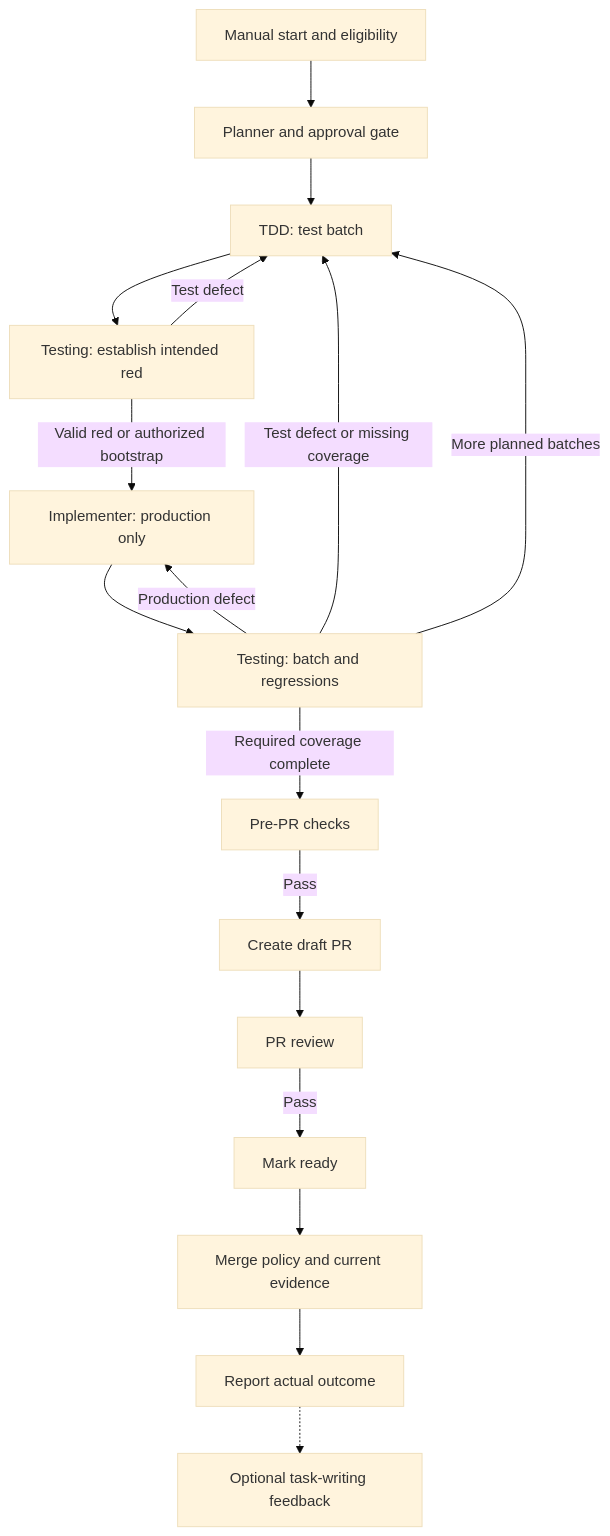
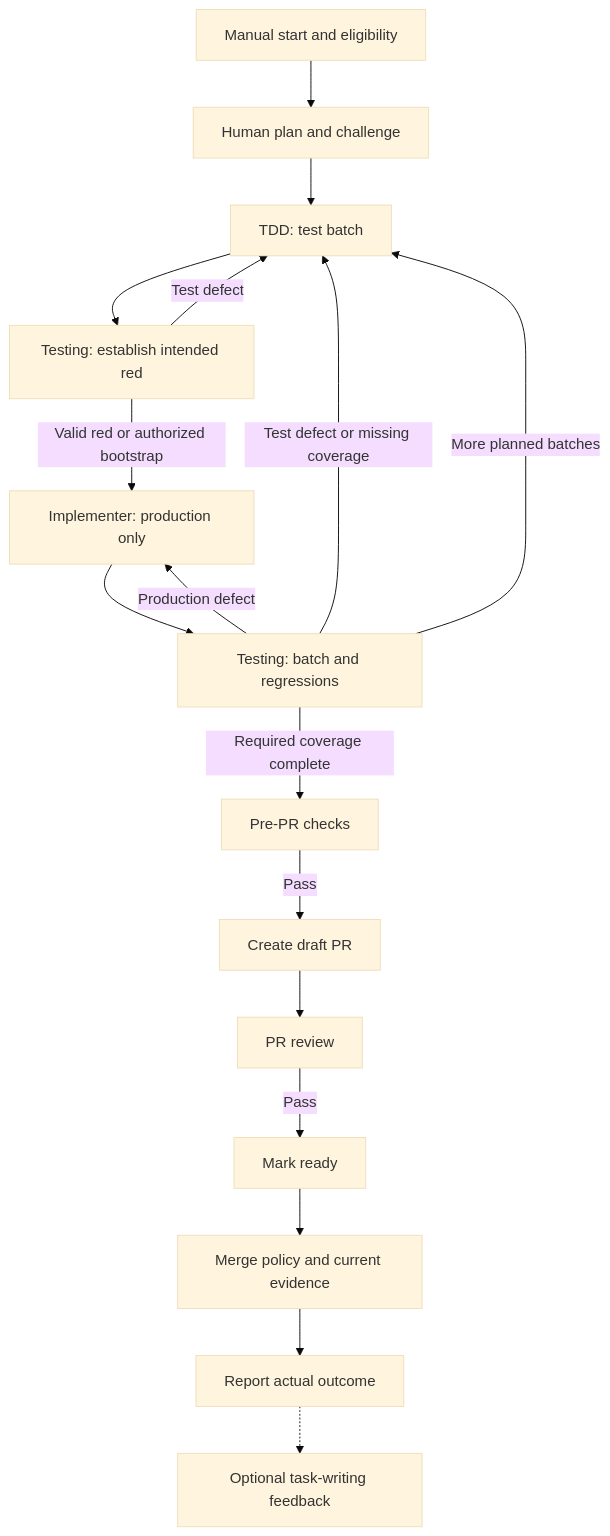
The diagram in docs/workflow.md (thelim3y/agentic-engineering-workflow), drawn with Mermaid (base theme) before and after one commit. The commit also changed other lines of this file and 9 other files, not shown here.

````diff
--- a/docs/workflow.md
+++ b/docs/workflow.md
@@ -20,19 +21,19 @@
 ```mermaid
 flowchart TD
-    Start["Manual start and eligibility"] --> Plan["Planner and approval gate"]
+    Start["Manual start and eligibility"] --> Plan["Human plan and challenge"]
     Plan --> TDD["TDD: test batch"]
     TDD --> Red["Testing: establish intended red"]
     Red -->|"Valid red or authorized bootstrap"| Impl["Implementer: production only"]
     Red -->|"Test defect"| TDD
     Impl --> Green["Testing: batch and regressions"]
     Green -->|"Production defect"| Impl
     Green -->|"Test defect or missing coverage"| TDD
     Green -->|"More planned batches"| TDD
     Green -->|"Required coverage complete"| Pre["Pre-PR checks"]
     Pre -->|"Pass"| Draft["Create draft PR"]
     Draft --> Review["PR review"]
     Review -->|"Pass"| Ready["Mark ready"]
     Ready --> Merge["Merge policy and current evidence"]
     Merge --> Report["Report actual outcome"]
     Report -.-> Feedback["Optional task-writing feedback"]
 ```
````
